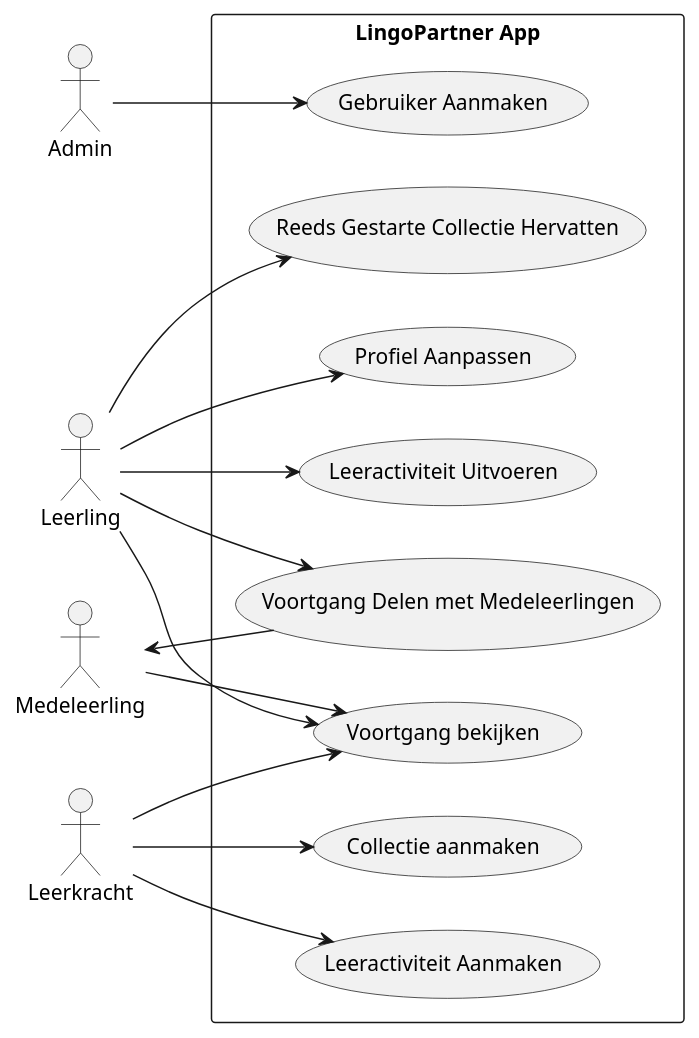
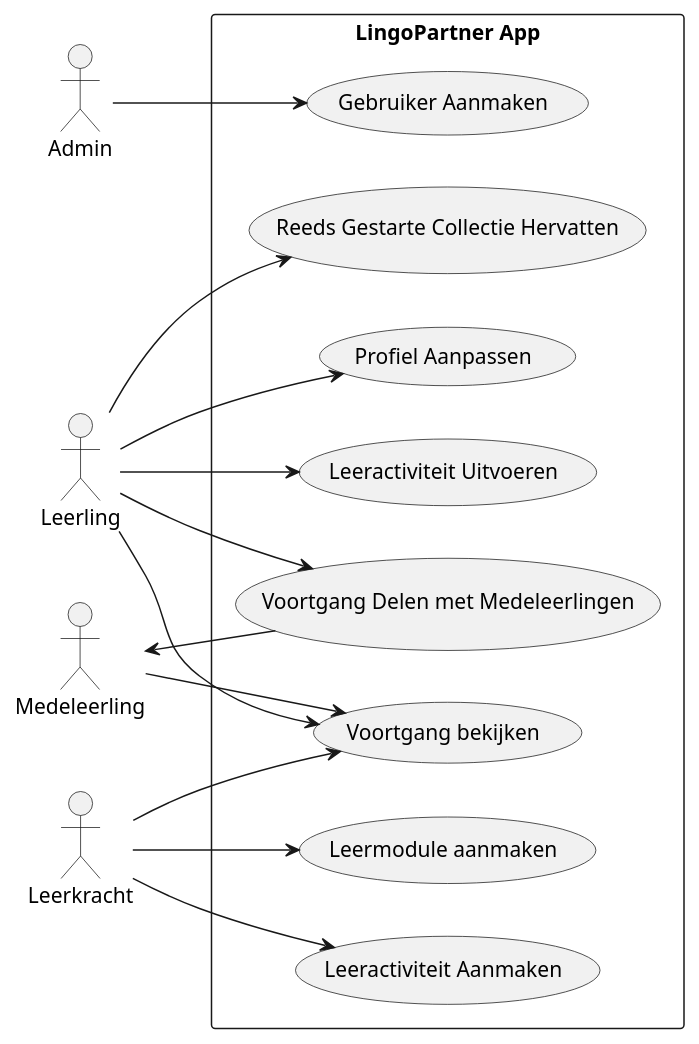
The diagram in doc/usecase_diagram.puml (janvanhest/ap2-cmk), drawn with PlantUML before and after one commit.

```diff
--- a/doc/usecase_diagram.puml
+++ b/doc/usecase_diagram.puml
@@ -1,30 +1,30 @@
 @startuml
 left to right direction
 actor Admin
 actor Leerling
 actor Medeleerling
 actor Leerkracht
 
 rectangle "LingoPartner App" {
   usecase "Gebruiker Aanmaken" as UC1
   usecase "Profiel Aanpassen" as UC2
-  usecase "Collectie aanmaken" as UC3
+  usecase "Leermodule aanmaken" as UC3
   usecase "Leeractiviteit Aanmaken" as UC4
   usecase "Voortgang bekijken" as UC5
   usecase "Leeractiviteit Uitvoeren" as UC6
   usecase "Reeds Gestarte Collectie Hervatten" as UC7
   usecase "Voortgang Delen met Medeleerlingen" as UC8
 
   Admin --> UC1
   Leerling --> UC2
   Leerling --> UC5
   Leerling --> UC6
   Leerling --> UC7
   Leerling --> UC8
   Leerkracht --> UC3
   Leerkracht --> UC4
   Leerkracht --> UC5
   Medeleerling --> UC5
   Medeleerling <-- UC8
 }
 @enduml
```
